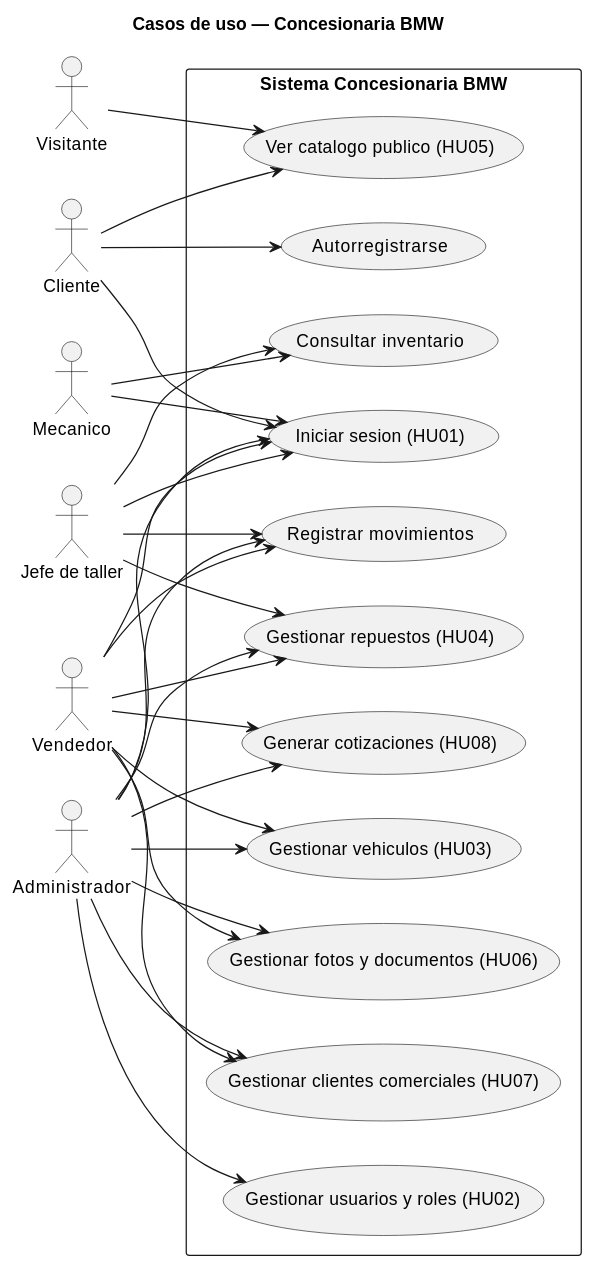
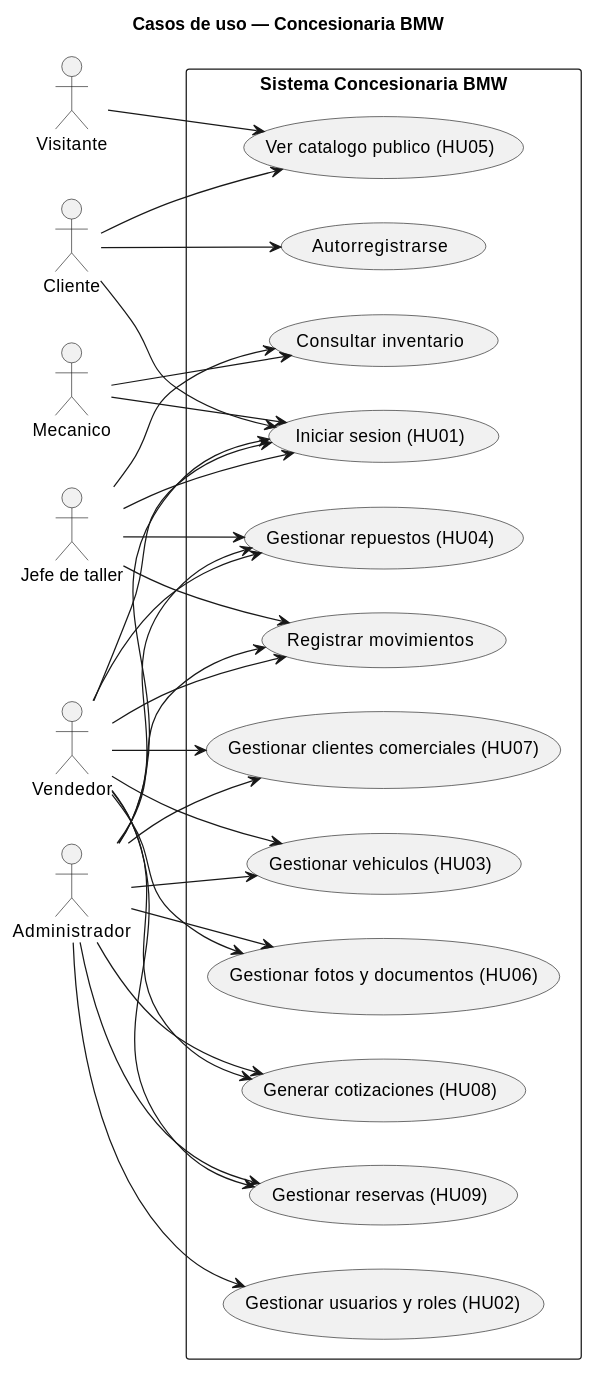
One commit to dgschahvqvc17/Concesionaria-BMW changed the third of 13 diagrams in documentacion/diagramas.md. Above: the diagram before and after it, drawn with PlantUML. The commit also changed other lines of this file and 31 other files, not shown here.

````diff
--- a/documentacion/diagramas.md
+++ b/documentacion/diagramas.md
@@ -122,58 +124,61 @@
 ```plantuml
 @startuml
 title Casos de uso — Concesionaria BMW
 left to right direction
 skinparam shadowing false
 
 actor "Visitante" as visitante
 actor "Cliente" as cliente
 actor "Mecanico" as mecanico
 actor "Jefe de taller" as jefe
 actor "Vendedor" as vendedor
 actor "Administrador" as admin
 
 rectangle "Sistema Concesionaria BMW" {
   usecase "Ver catalogo publico (HU05)" as UC_catalogo
   usecase "Autorregistrarse" as UC_registro
   usecase "Iniciar sesion (HU01)" as UC_login
   usecase "Consultar inventario" as UC_consultar
   usecase "Gestionar vehiculos (HU03)" as UC_vehiculos
   usecase "Gestionar fotos y documentos (HU06)" as UC_archivos
   usecase "Gestionar repuestos (HU04)" as UC_repuestos
   usecase "Registrar movimientos" as UC_movimientos
   usecase "Gestionar clientes comerciales (HU07)" as UC_clientes
   usecase "Generar cotizaciones (HU08)" as UC_cotizaciones
+  usecase "Gestionar reservas (HU09)" as UC_reservas
   usecase "Gestionar usuarios y roles (HU02)" as UC_usuarios
 }
 
 visitante --> UC_catalogo
 cliente --> UC_catalogo
 cliente --> UC_registro
 cliente --> UC_login
 
 mecanico --> UC_login
 mecanico --> UC_consultar
 
 jefe --> UC_login
 jefe --> UC_consultar
 jefe --> UC_repuestos
 jefe --> UC_movimientos
 
 vendedor --> UC_login
 vendedor --> UC_vehiculos
 vendedor --> UC_archivos
 vendedor --> UC_repuestos
 vendedor --> UC_movimientos
 vendedor --> UC_clientes
 vendedor --> UC_cotizaciones
+vendedor --> UC_reservas
 
 admin --> UC_login
 admin --> UC_vehiculos
 admin --> UC_archivos
 admin --> UC_repuestos
 admin --> UC_movimientos
 admin --> UC_clientes
 admin --> UC_cotizaciones
+admin --> UC_reservas
 admin --> UC_usuarios
 @enduml
 ```
````
